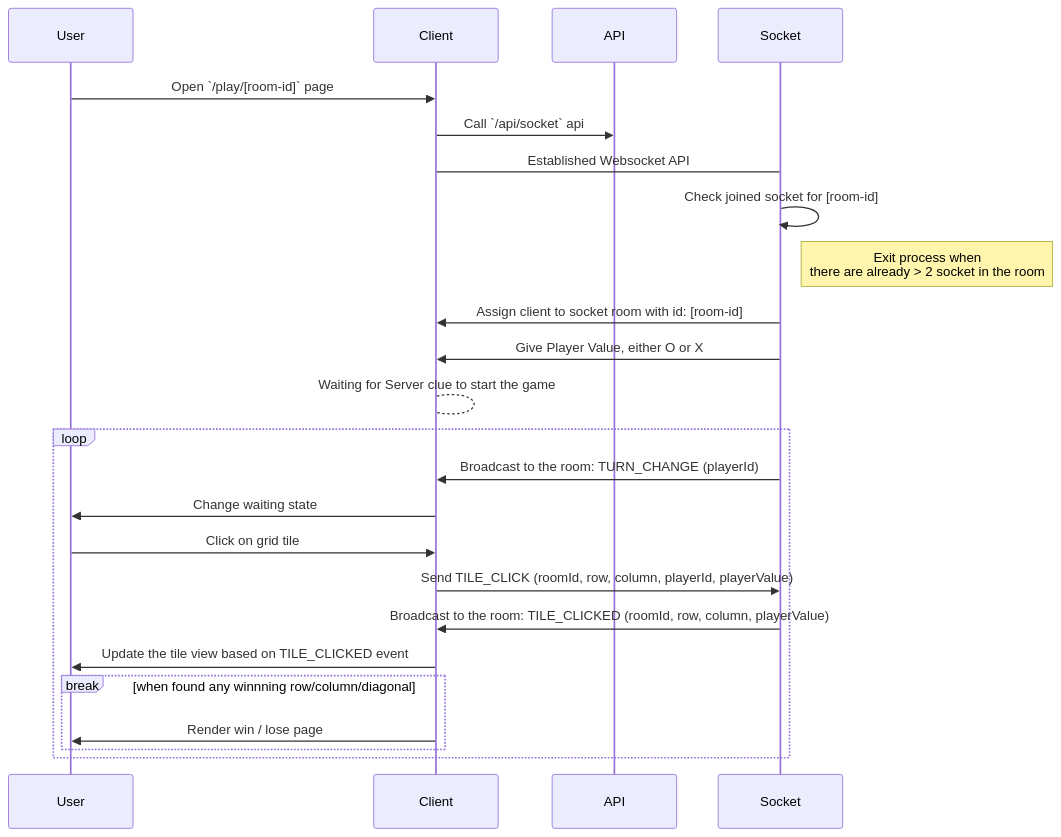
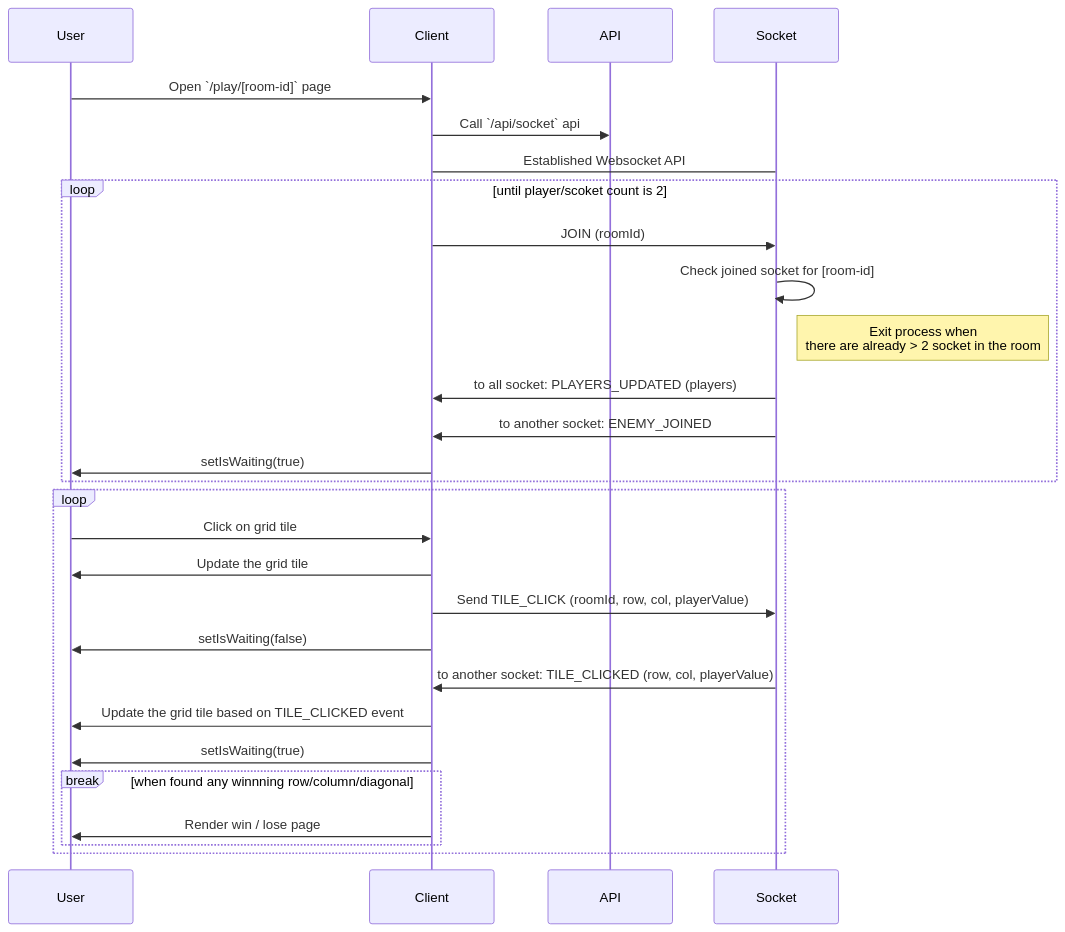
Before and after one commit to adliih/ticatoe: the diagram in README.md, drawn with Mermaid. The commit also changed 9 other files, not shown here.

````diff
--- a/README.md
+++ b/README.md
@@ -23,22 +23,29 @@
 ```mermaid
 sequenceDiagram
   User ->> Client: Open `/play/[room-id]` page
   Client ->>  API: Call `/api/socket` api
   Client -> Socket: Established Websocket API
-  Socket ->> Socket: Check joined socket for [room-id]
-  note right of Socket: Exit process when<br> there are already > 2 socket in the room
-  Socket ->> Client: Assign client to socket room with id: [room-id]
-  Socket ->> Client: Give Player Value, either O or X
-  Client --> Client: Waiting for Server clue to start the game
+
+  loop until player/scoket count is 2
+    Client ->> Socket: JOIN (roomId)
+    Socket ->> Socket: Check joined socket for [room-id]
+    note right of Socket: Exit process when<br> there are already > 2 socket in the room
+    Socket ->> Client: to all socket: PLAYERS_UPDATED (players)
+    Socket ->> Client: to another socket: ENEMY_JOINED
+    Client ->> User : setIsWaiting(true)
+  end
+
   loop
-    Socket ->> Client: Broadcast to the room: TURN_CHANGE (playerId)
-    Client ->> User : Change waiting state
     User ->> Client: Click on grid tile
-    Client ->> Socket: Send TILE_CLICK (roomId, row, column, playerId, playerValue)
-    Socket ->> Client: Broadcast to the room: TILE_CLICKED (roomId, row, column, playerValue)
-    Client ->> User: Update the tile view based on TILE_CLICKED event
+    Client ->> User : Update the grid tile
+    Client ->> Socket: Send TILE_CLICK (roomId, row, col, playerValue)
+    Client ->> User : setIsWaiting(false)
+
+    Socket ->> Client: to another socket: TILE_CLICKED (row, col, playerValue)
+    Client ->> User: Update the grid tile based on TILE_CLICKED event
+    Client ->> User: setIsWaiting(true)
     break when found any winnning row/column/diagonal
       Client ->> User: Render win / lose page
     end
   end
 ```
````
